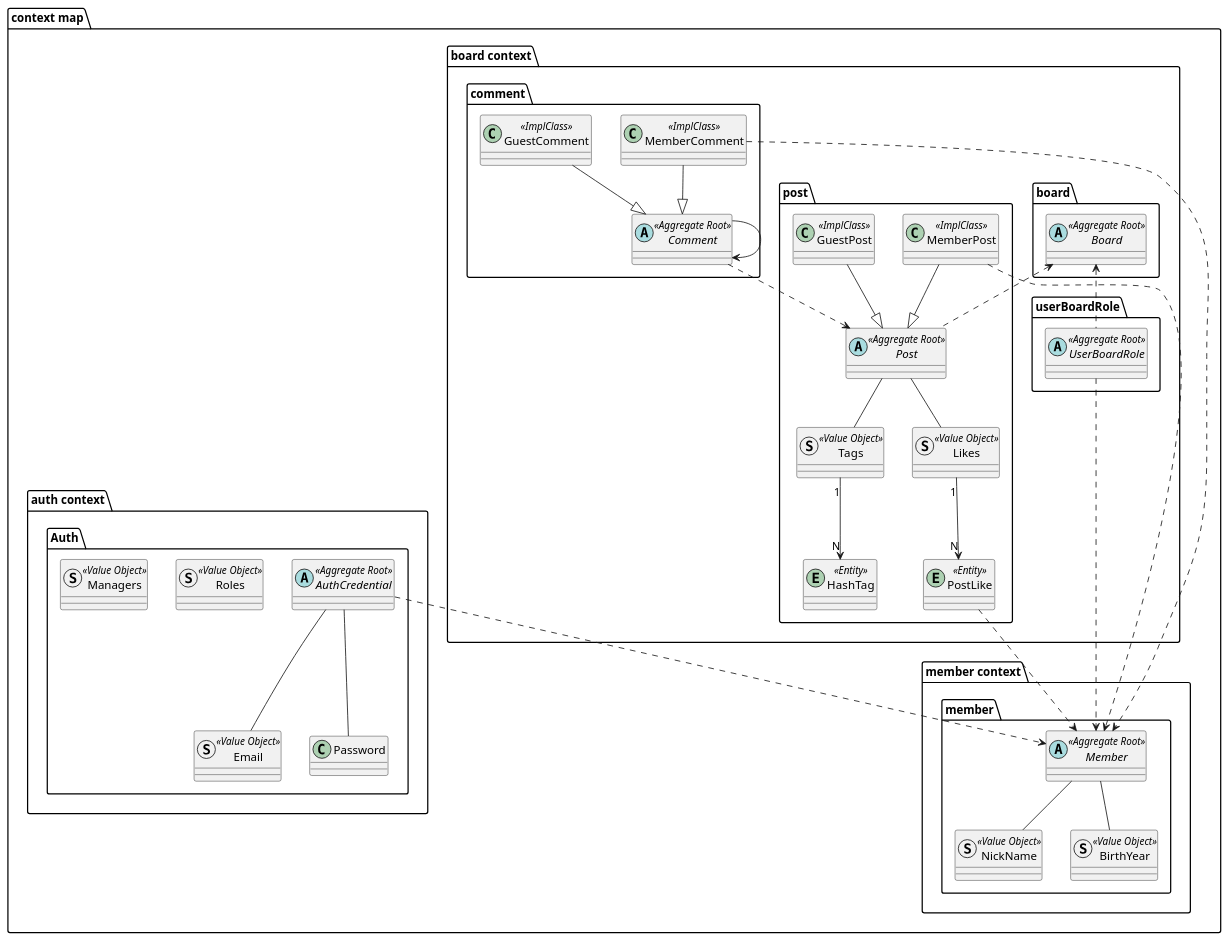
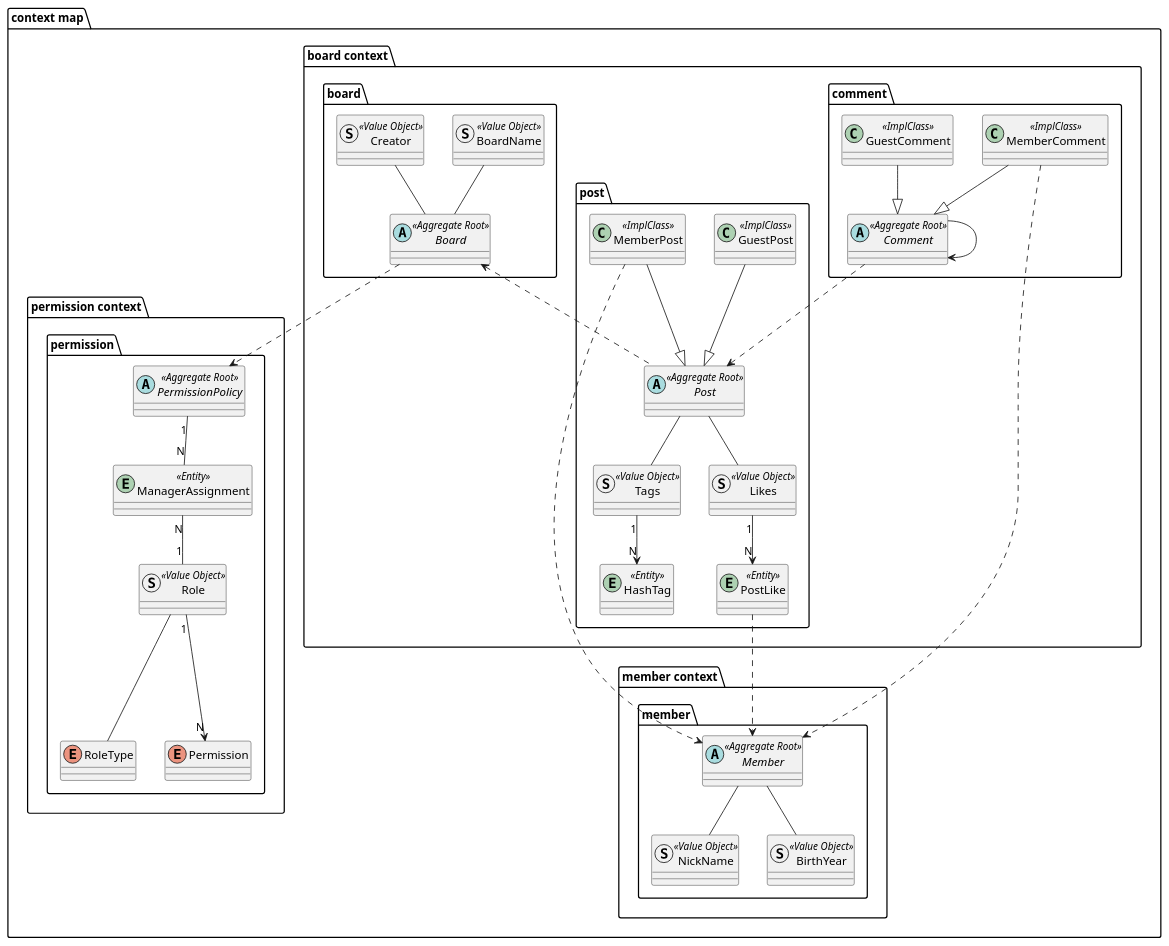
Before and after one commit to SimpleBoardTeam/simpleBoard-server: the diagram in document/puml/domain/boundedContextMap.puml, drawn with PlantUML.

Commit message:
docs(diagram): PermissionPolicy 컨텍스트 맵 다이어그램에 반영

```diff
--- a/document/puml/domain/boundedContextMap.puml
+++ b/document/puml/domain/boundedContextMap.puml
@@ -1,96 +1,103 @@
 @startuml
 
 package "context map" {
     package "board context"{
         package "board"{
             abstract Board <<Aggregate Root>>{
             }
+            struct BoardName <<Value Object>>{
+            }
+            struct Creator <<Value Object>>{
+            }
+            BoardName -- Board
+            Creator -- Board
         }
 
         package "post"{
             abstract Post <<Aggregate Root>>{
             }
             class GuestPost <<ImplClass>>{
             }
             class MemberPost <<ImplClass>>{
             }
             '해시태그
             entity HashTag <<Entity>>{
             }
             struct Tags <<Value Object>>{
             }
             Post -- Tags
             Tags "1" --> "N" HashTag
             '좋아요
             entity PostLike <<Entity>>{
             }
             struct Likes <<Value Object>>{
             }
             Post -- Likes
             Likes "1" --> "N" PostLike
         }
 
         package "comment"{
             abstract Comment <<Aggregate Root>>{
             }
             class GuestComment <<ImplClass>>{
             }
             class MemberComment <<ImplClass>>{
             }
         }
 
-        package "userBoardRole"{
-            abstract UserBoardRole <<Aggregate Root>>{
-            }
-        }
-
         GuestPost --|> Post
         MemberPost --|> Post
         GuestComment --|> Comment
         MemberComment --|> Comment
 
     }
 
     package "member context"{
         package "member"{
           abstract Member <<Aggregate Root>>{
           }
           struct NickName <<Value Object>>{
           }
           struct BirthYear <<Value Object>>{
           }
           Member -- NickName
           Member -- BirthYear
         }
     }
 
-    package "auth context"{
-        package "Auth" {
-            abstract AuthCredential <<Aggregate Root>>{
-            }
-            struct Email <<Value Object>>{
+  package "permission context" {
+        package "permission" {
+            abstract PermissionPolicy <<Aggregate Root>> {
             }
 
-            struct Roles <<Value Object>>{
+            entity ManagerAssignment <<Entity>> {
             }
-            struct Managers <<Value Object>>{
+
+            struct Role <<Value Object>> {
             }
-            AuthCredential -- Email
-            AuthCredential -- Password
+
+            enum RoleType {
+            }
+
+            enum Permission {
+            }
+
+            Role "1" --> "N" Permission
+
+            PermissionPolicy "1" -- "N" ManagerAssignment
+            ManagerAssignment "N" -- "1" Role
+            Role -- RoleType
         }
     }
 
-
-    Board <.. UserBoardRole
     Board <.. Post
 
-    AuthCredential ..> Member
-    UserBoardRole ..> Member
     MemberPost ..> Member
     PostLike ..> Member
     MemberComment ..> Member
     Comment ..> Post
     Comment --> Comment
+    Board ..> PermissionPolicy
 
 }
 @enduml
```
